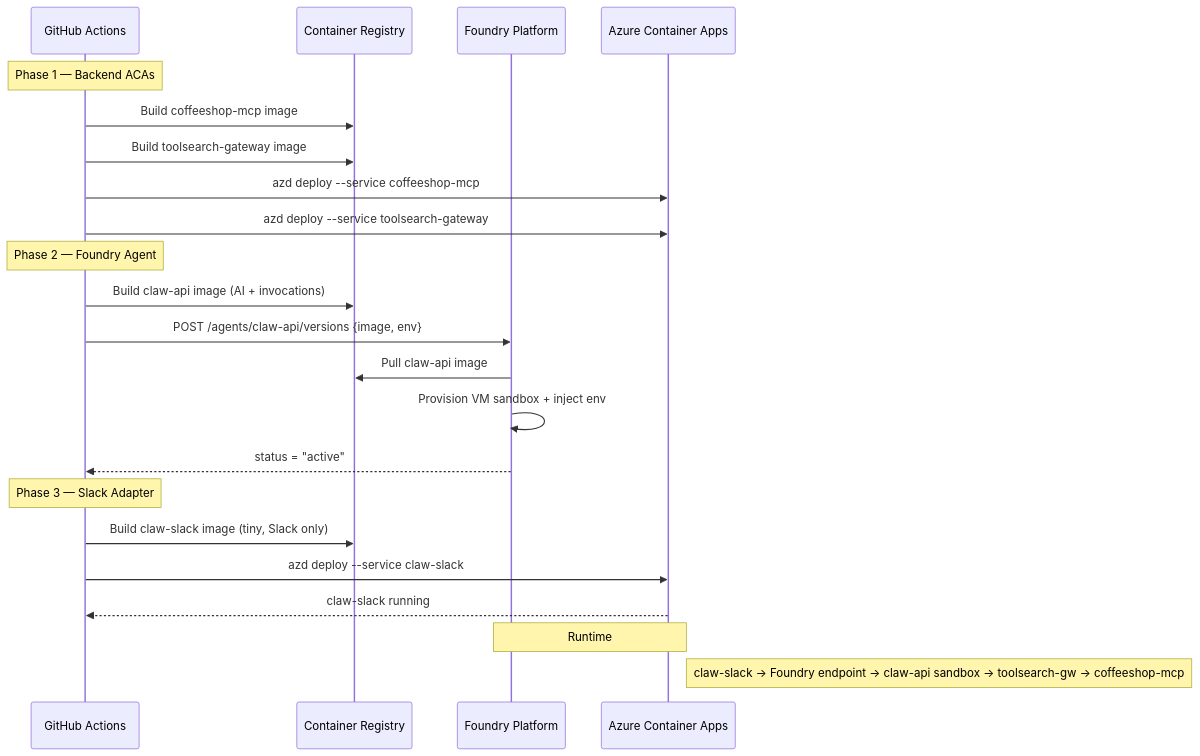
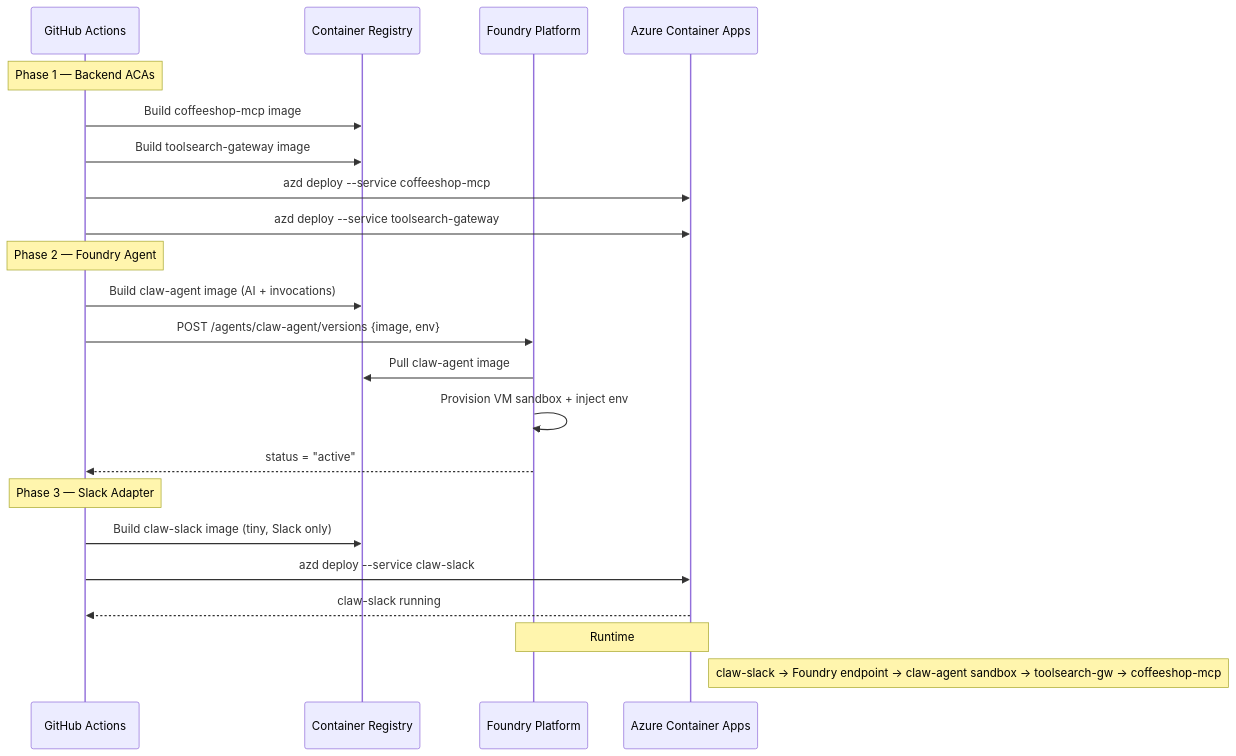
The third of 3 diagrams in foundry-agentfx/refactor_foundry.md (thangchung/agent-engineering-experiment), drawn with Mermaid before and after one commit. The commit also changed other lines of this file and 39 other files, not shown here.

````diff
--- a/foundry-agentfx/refactor_foundry.md
+++ b/foundry-agentfx/refactor_foundry.md
@@ -418,28 +418,28 @@
 ```mermaid
 sequenceDiagram
     participant CI as GitHub Actions
     participant ACR as Container Registry
     participant FP as Foundry Platform
     participant ACA as Azure Container Apps
 
     Note over CI: Phase 1 — Backend ACAs
     CI->>ACR: Build coffeeshop-mcp image
     CI->>ACR: Build toolsearch-gateway image
     CI->>ACA: azd deploy --service coffeeshop-mcp
     CI->>ACA: azd deploy --service toolsearch-gateway
 
     Note over CI: Phase 2 — Foundry Agent
-    CI->>ACR: Build claw-api image (AI + invocations)
-    CI->>FP: POST /agents/claw-api/versions {image, env}
-    FP->>ACR: Pull claw-api image
+    CI->>ACR: Build claw-agent image (AI + invocations)
+    CI->>FP: POST /agents/claw-agent/versions {image, env}
+    FP->>ACR: Pull claw-agent image
     FP->>FP: Provision VM sandbox + inject env
     FP-->>CI: status = "active"
 
     Note over CI: Phase 3 — Slack Adapter
     CI->>ACR: Build claw-slack image (tiny, Slack only)
     CI->>ACA: azd deploy --service claw-slack
     ACA-->>CI: claw-slack running
 
     Note over ACA,FP: Runtime
-    Note right of ACA: claw-slack → Foundry endpoint → claw-api sandbox → toolsearch-gw → coffeeshop-mcp
+    Note right of ACA: claw-slack → Foundry endpoint → claw-agent sandbox → toolsearch-gw → coffeeshop-mcp
 ```
````
